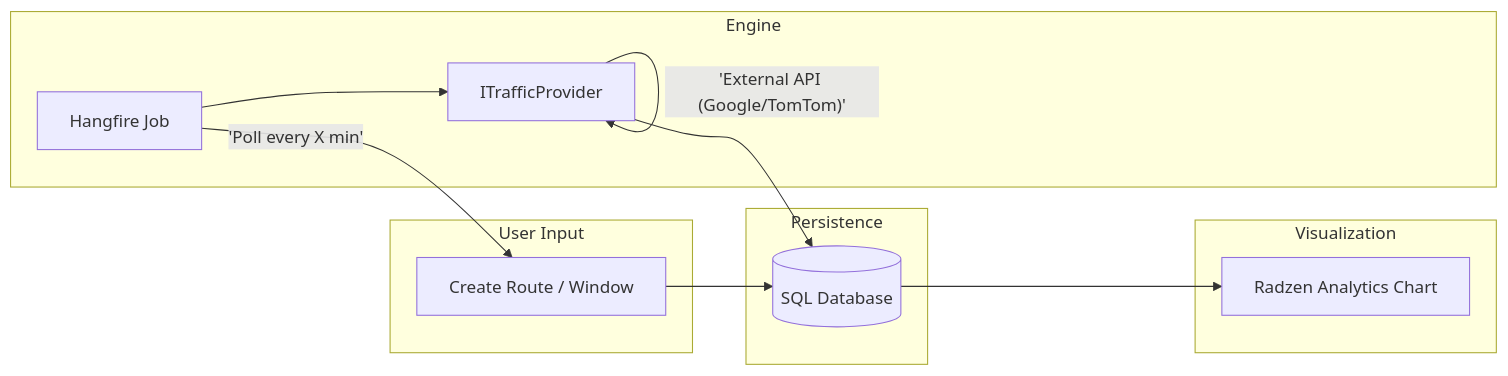
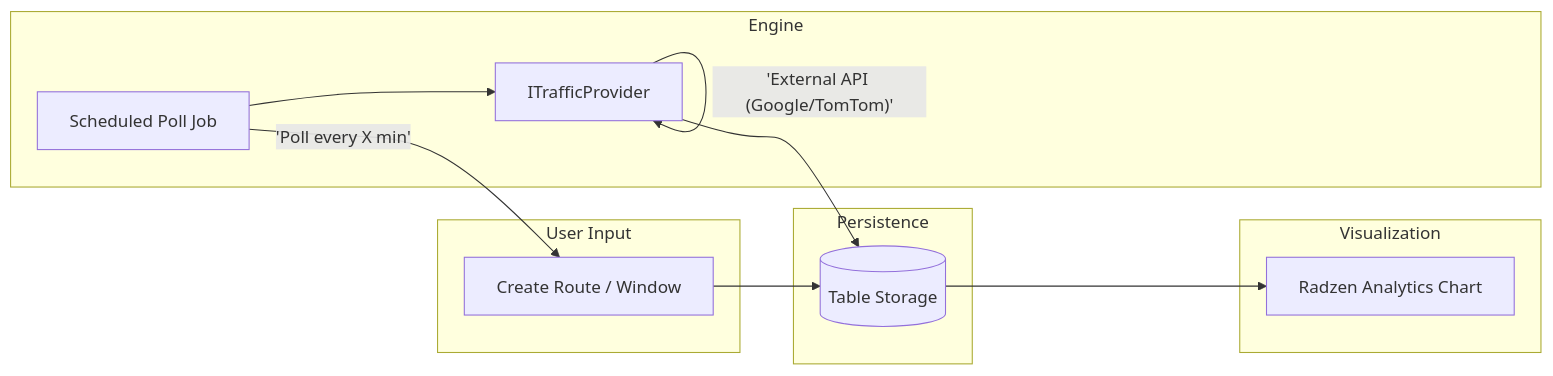
The diagram in docs/DataPipeline.mmd (punkouter26/PoTraffic), drawn with Mermaid before and after one commit. The commit also changed 114 other files, not shown here.

```diff
--- a/docs/DataPipeline.mmd
+++ b/docs/DataPipeline.mmd
@@ -1,24 +1,24 @@
 graph LR
     subgraph Input [User Input]
         UI[Create Route / Window]
     end
 
     subgraph Processing [Engine]
-        HF[Hangfire Job]
+        Job[Scheduled Poll Job]
         Prov[ITrafficProvider]
     end
 
     subgraph Storage [Persistence]
-        DB[(SQL Database)]
+        Tables[(Table Storage)]
     end
 
     subgraph Output [Visualization]
         Chart[Radzen Analytics Chart]
     end
 
-    UI --> DB
-    HF -- 'Poll every X min' --> UI
-    HF --> Prov
+    UI --> Tables
+    Job -- 'Poll every X min' --> UI
+    Job --> Prov
     Prov -- 'External API (Google/TomTom)' --> Prov
-    Prov --> DB
-    DB --> Chart
+    Prov --> Tables
+    Tables --> Chart
```
